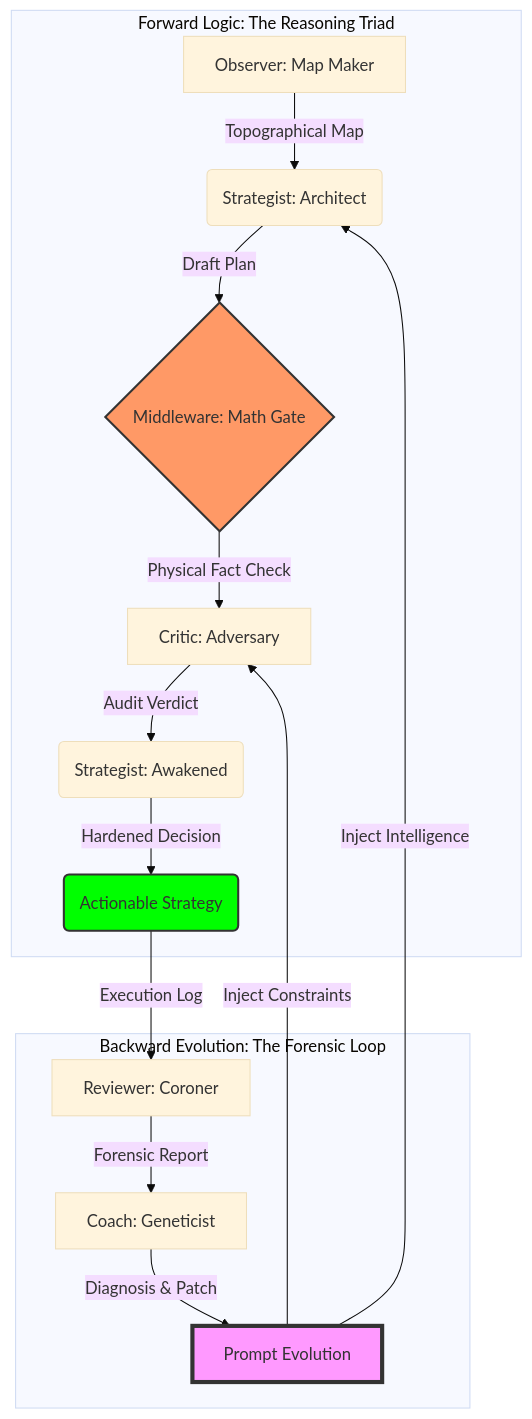
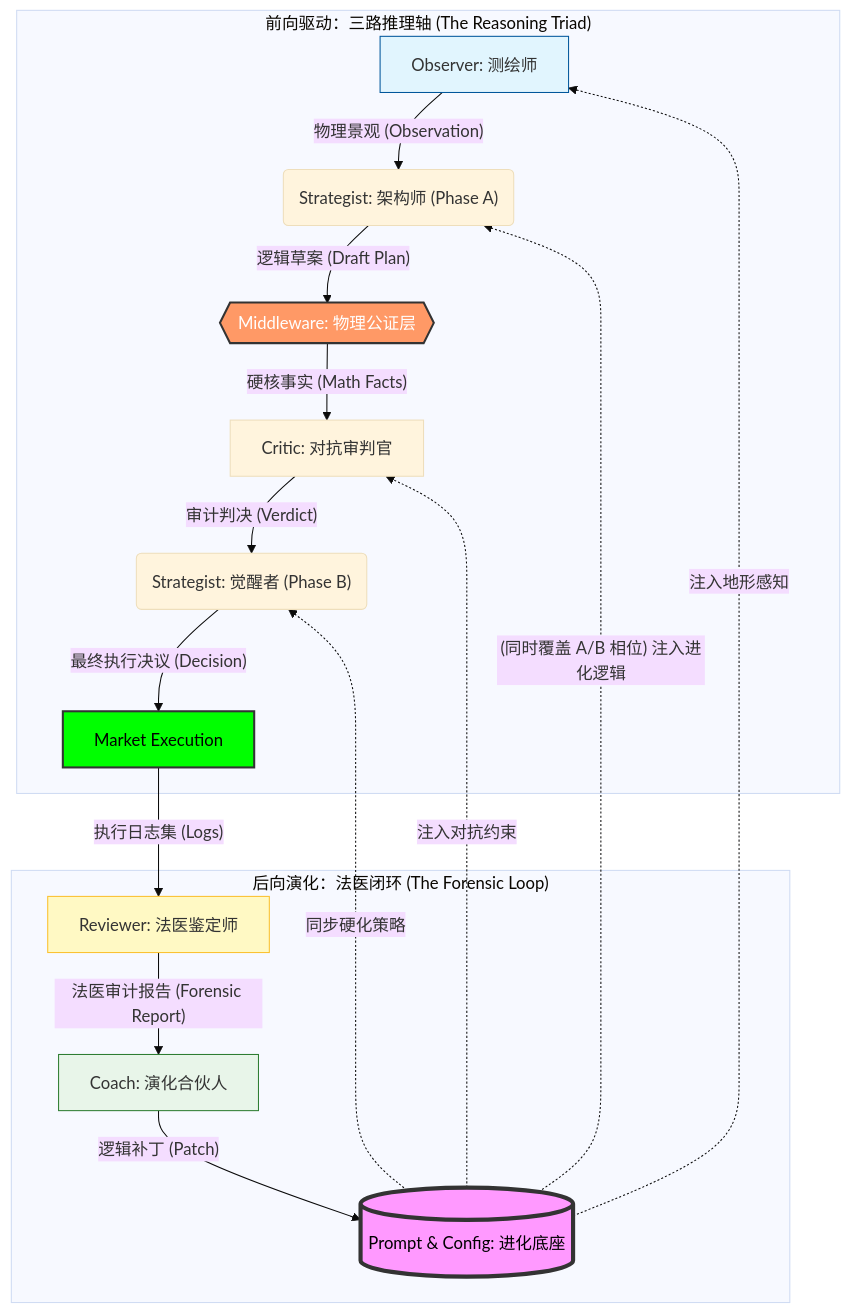
Before and after one commit to jiangyang5157/binary-star: the diagram in README.md, drawn with Mermaid (base theme).

````diff
--- a/README.md
+++ b/README.md
@@ -13,22 +13,32 @@
 ```mermaid
 graph TD
-    subgraph "Forward Logic: The Reasoning Triad"
-        A["Observer: Map Maker"] -->|"Topographical Map"| B("Strategist: Architect")
-        B -->|"Draft Plan"| C{"Middleware: Math Gate"}
-        C -->|"Physical Fact Check"| D["Critic: Adversary"]
-        D -->|"Audit Verdict"| E("Strategist: Awakened")
-        E -->|"Hardened Decision"| F("Actionable Strategy")
+    %% 前向三路推理回路
+    subgraph "前向驱动：三路推理轴 (The Reasoning Triad)"
+        A["Observer: 测绘师"] -->|"物理景观 (Observation)"| B("Strategist: 架构师 (Phase A)")
+        B -->|"逻辑草案 (Draft Plan)"| C{{"Middleware: 物理公证层"}}
+        C -->|"硬核事实 (Math Facts)"| D["Critic: 对抗审判官"]
+        D -->|"审计判决 (Verdict)"| E("Strategist: 觉醒者 (Phase B)")
+        E -->|"最终执行决议 (Decision)"| F["Market Execution"]
     end
 
-    subgraph "Backward Evolution: The Forensic Loop"
-        F -->|"Execution Log"| G["Reviewer: Coroner"]
-        G -->|"Forensic Report"| H["Coach: Geneticist"]
-        H -->|"Diagnosis & Patch"| I["Prompt Evolution"]
-        I -->|"Inject Intelligence"| B
-        I -->|"Inject Constraints"| D
+    %% 后向法医演化回路
+    subgraph "后向演化：法医闭环 (The Forensic Loop)"
+        F -->|"执行日志集 (Logs)"| G["Reviewer: 法医鉴定师"]
+        G -->|"法医审计报告 (Forensic Report)"| H["Coach: 演化合伙人"]
+        H -->|"逻辑补丁 (Patch)"| I[("Prompt & Config: 进化底座")]
     end
 
-    style C fill:#f96,stroke:#333,stroke-width:2px
-    style F fill:#00ff00,stroke:#333,stroke-width:2px
-    style I fill:#f9f,stroke:#333,stroke-width:4px
+    %% 关键进化路径映射：修复逻辑断裂
+    I -.->|"注入地形感知"| A
+    I -.->|"(同时覆盖 A/B 相位) 注入进化逻辑"| B
+    I -.->|"同步硬化策略"| E
+    I -.->|"注入对抗约束"| D
+
+    %% 节点样式美化 (法医级配色)
+    style C fill:#f96,stroke:#333,stroke-width:2px,color:#fff
+    style F fill:#00ff00,stroke:#333,stroke-width:2px,color:#000
+    style I fill:#f9f,stroke:#333,stroke-width:4px,color:#000
+    style A fill:#e1f5fe,stroke:#01579b
+    style G fill:#fff9c4,stroke:#fbc02d
+    style H fill:#e8f5e9,stroke:#2e7d32
 ```
````
